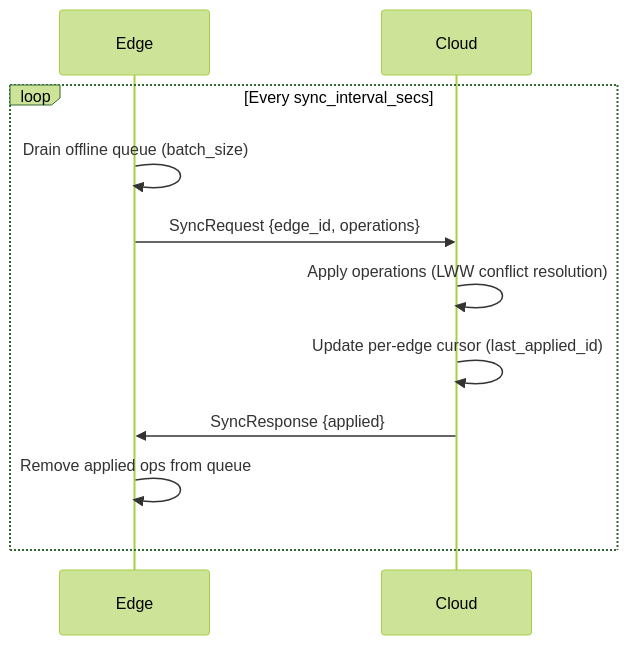
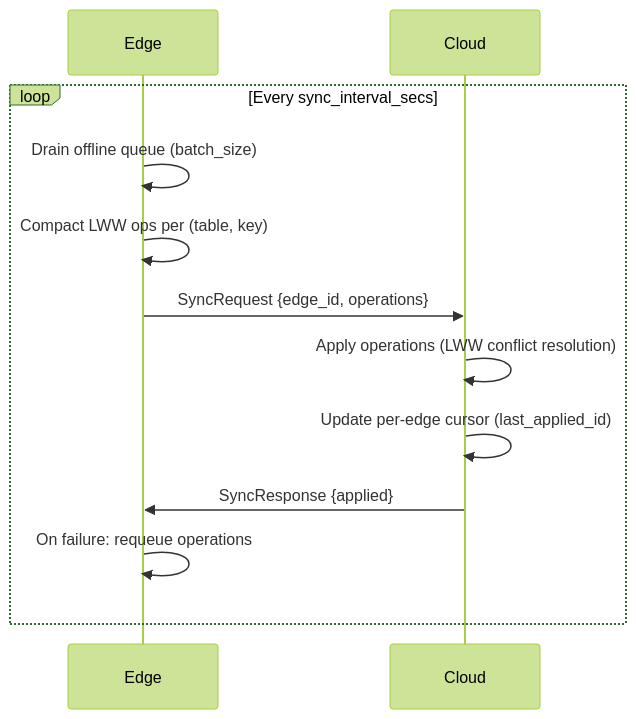
The fourth of 6 diagrams in docs/architecture.md (0xReLogic/Chronos), drawn with Mermaid (forest theme) before and after one commit. The commit also changed other lines of this file and 6 other files, not shown here.

````diff
--- a/docs/architecture.md
+++ b/docs/architecture.md
@@ -392,14 +392,15 @@
 ```mermaid
 sequenceDiagram
     participant Edge
     participant Cloud
     
     loop Every sync_interval_secs
         Edge->>Edge: Drain offline queue (batch_size)
+        Edge->>Edge: Compact LWW ops per (table, key)
         Edge->>Cloud: SyncRequest {edge_id, operations}
         Cloud->>Cloud: Apply operations (LWW conflict resolution)
         Cloud->>Cloud: Update per-edge cursor (last_applied_id)
         Cloud->>Edge: SyncResponse {applied}
-        Edge->>Edge: Remove applied ops from queue
+        Edge->>Edge: On failure: requeue operations
     end
 ```
````
